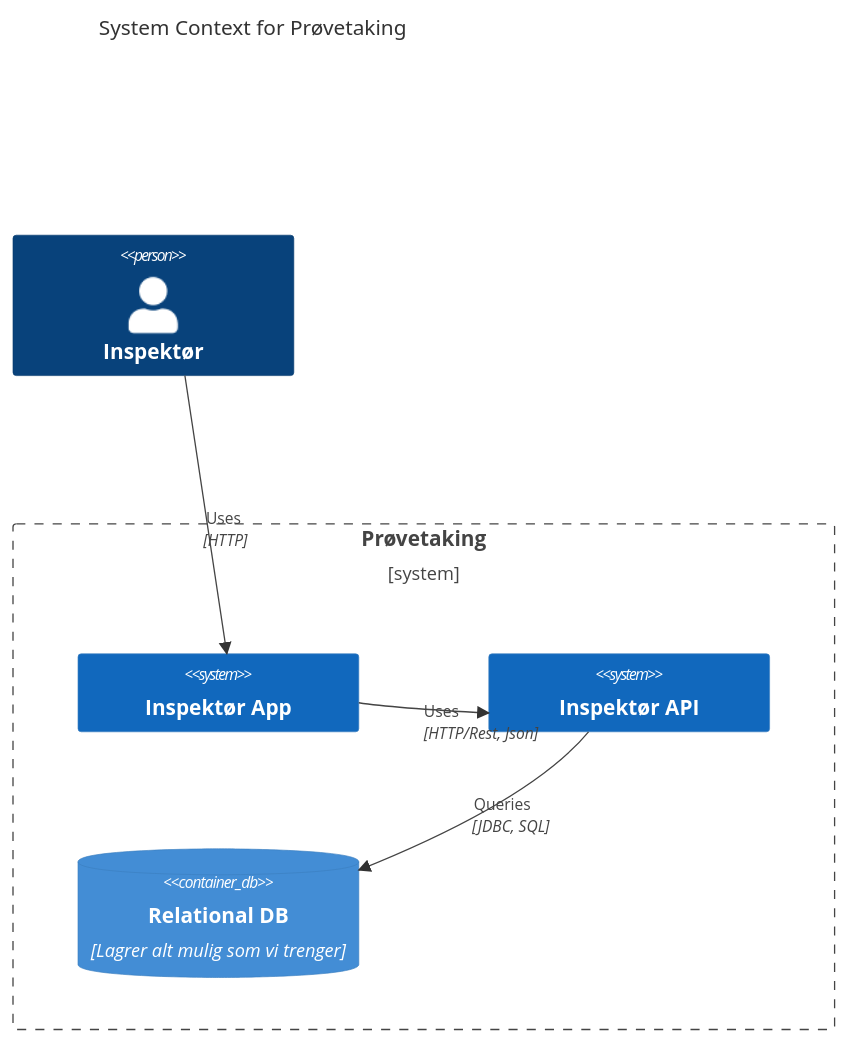
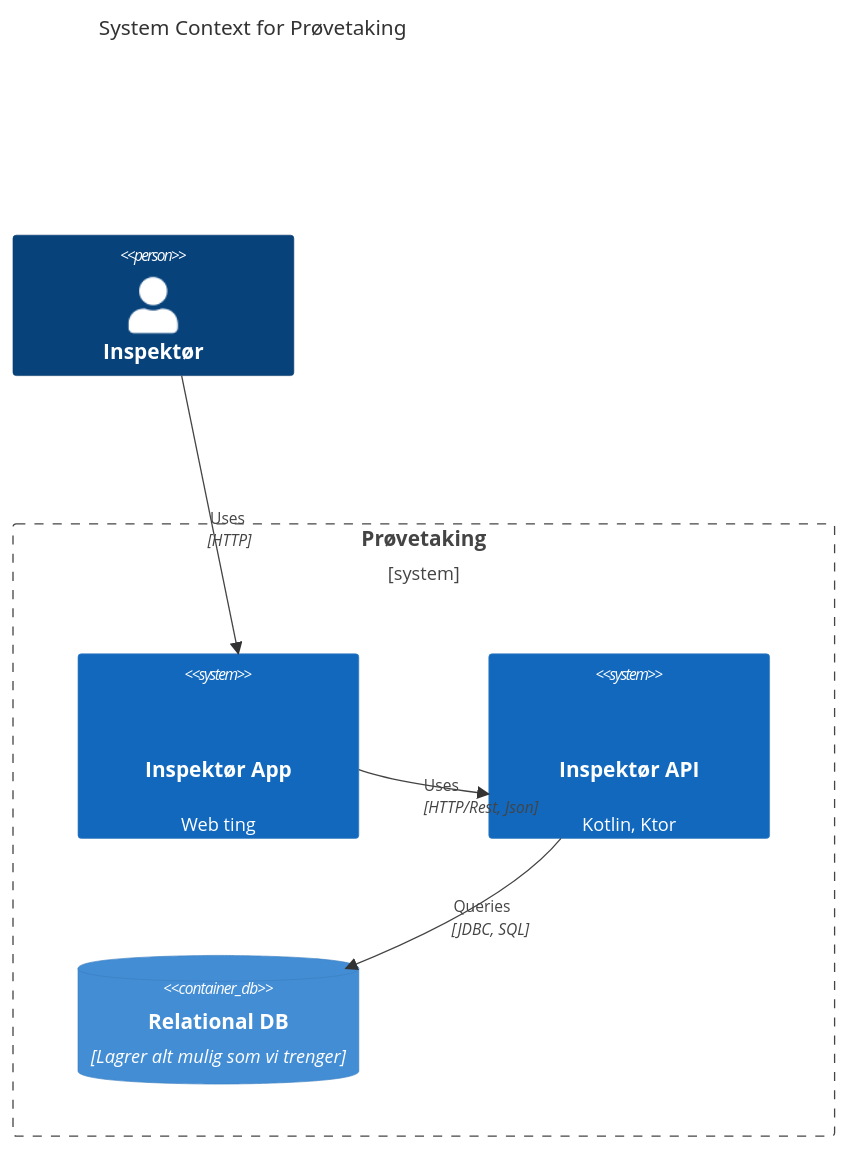
Before and after one commit to jankb/kotlintest: the diagram in docs/design.md, drawn with Mermaid. The commit also changed other lines of this file, not shown here.

````diff
--- a/docs/design.md
+++ b/docs/design.md
@@ -13,17 +3,17 @@
 ```mermaid
 C4Context
  title System Context for Prøvetaking
  Person(inspektor, "Inspektør")
  
  Boundary(system, "Prøvetaking")
  {
-   System(inspApp, "Inspektør App")
-   System(inspApi, "Inspektør API")
+   System(inspApp, "Inspektør App", "Web ting","Lar inspektøren gjøre det som trengs")
+   System(inspApi, "Inspektør API", "Kotlin, Ktor", "Tilbyr et rest api")
    ContainerDb(database, "Relational DB", "Lagrer alt mulig som vi trenger")
  }
  
  Rel(inspektor, inspApp, "Uses", "HTTP")
  Rel(inspApp,  inspApi, "Uses", "HTTP/Rest, Json")
  Rel(inspApi, database, "Queries", "JDBC, SQL")
 
 ```
````
